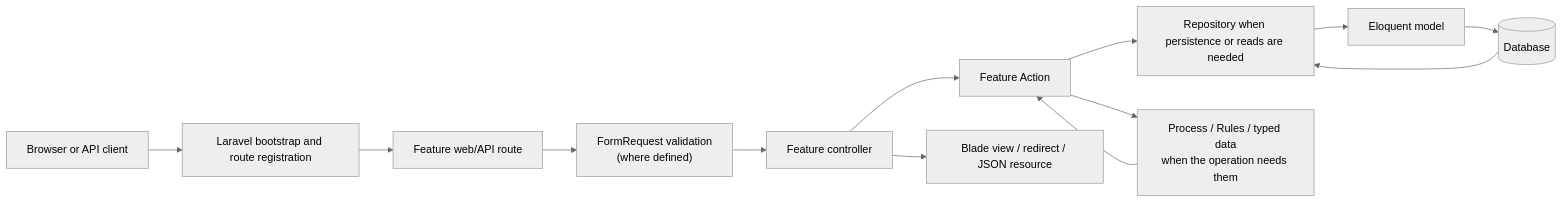
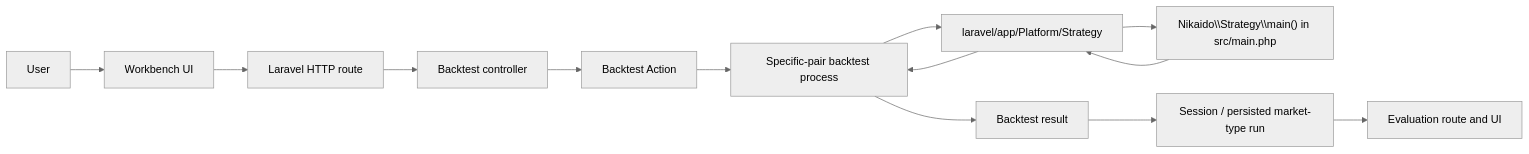
One commit to pwaskito611/nikaido changed the diagram in docs/architecture/overview.md. Above: the diagram before and after it, drawn with Mermaid (neutral theme). The commit also changed other lines of this file and 335 other files, not shown here.

````diff
--- a/docs/architecture/overview.md
+++ b/docs/architecture/overview.md
@@ -67,15 +50,15 @@
 ```mermaid
 flowchart LR
-    Client["Browser or API client"] --> Entry["Laravel bootstrap and route registration"]
-    Entry --> Routes["Feature web/API route"]
-    Routes --> Request["FormRequest validation<br/>(where defined)"]
-    Request --> Controller["Feature controller"]
-    Controller --> Action["Feature Action"]
-    Action --> Repo["Repository when persistence or reads are needed"]
-    Repo --> Model["Eloquent model"]
-    Model --> DB[("Database")]
-    Action --> Process["Process / Rules / typed data<br/>when the operation needs them"]
-    Process --> Action
-    Controller --> View["Blade view / redirect / JSON resource"]
-    DB --> Repo
+    User["User"] --> UI["Workbench UI"]
+    UI --> Laravel["Laravel HTTP route"]
+    Laravel --> Controller["Backtest controller"]
+    Controller --> Action["Backtest Action"]
+    Action --> Process["Specific-pair backtest process"]
+    Process --> Adapter["laravel/app/Platform/Strategy"]
+    Adapter --> Main["Nikaido\\Strategy\\main() in src/main.php"]
+    Main --> Adapter
+    Adapter --> Process
+    Process --> Result["Backtest result"]
+    Result --> Session["Session / persisted market-type run"]
+    Session --> Evaluation["Evaluation route and UI"]
 ```
````
